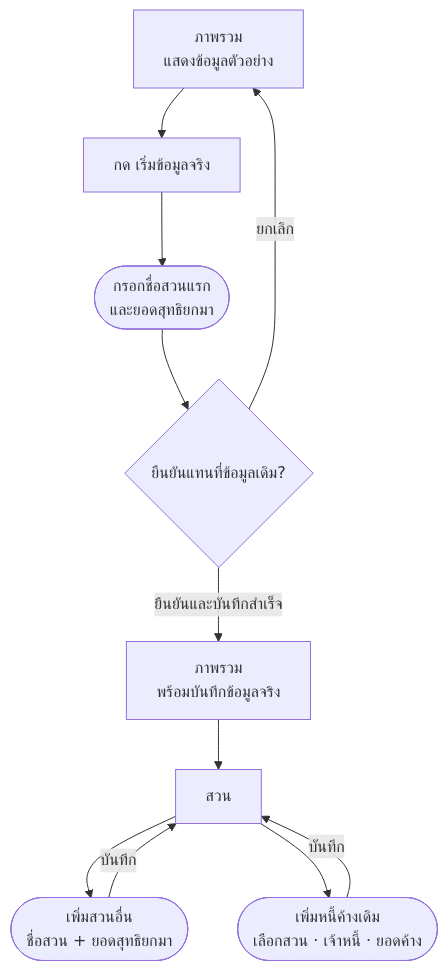
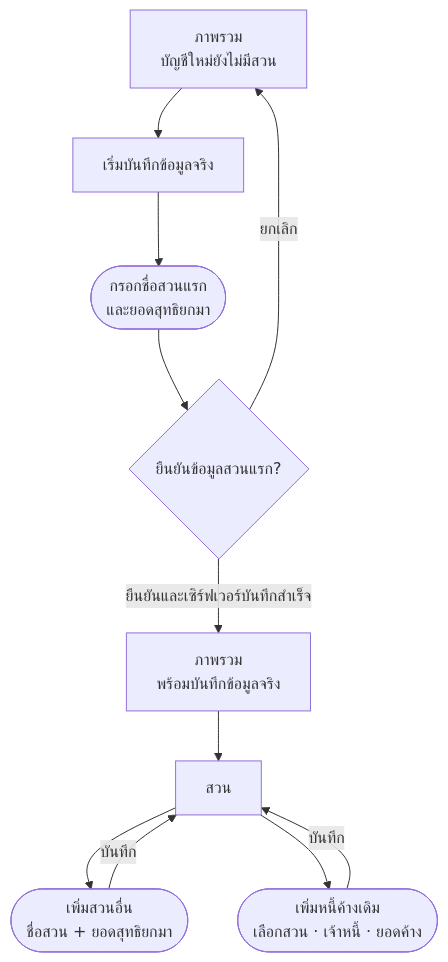
The third of 12 diagrams in user-flow.md (SitthiwatR/palm-ledger), drawn with Mermaid before and after one commit. The commit also changed other lines of this file and 3 other files, not shown here.

Commit message:
docs: define Supabase architecture and ten-step implementation plan

````diff
--- a/user-flow.md
+++ b/user-flow.md
@@ -35,13 +59,13 @@
 ```mermaid
 flowchart TD
-    Home["ภาพรวม<br/>แสดงข้อมูลตัวอย่าง"] --> Start["กด เริ่มข้อมูลจริง"]
+    Home["ภาพรวม<br/>บัญชีใหม่ยังไม่มีสวน"] --> Start["เริ่มบันทึกข้อมูลจริง"]
     Start --> Form(["กรอกชื่อสวนแรก<br/>และยอดสุทธิยกมา"])
-    Form --> Confirm{"ยืนยันแทนที่ข้อมูลเดิม?"}
-    Confirm -->|"ยืนยันและบันทึกสำเร็จ"| Real["ภาพรวม<br/>พร้อมบันทึกข้อมูลจริง"]
+    Form --> Confirm{"ยืนยันข้อมูลสวนแรก?"}
+    Confirm -->|"ยืนยันและเซิร์ฟเวอร์บันทึกสำเร็จ"| Real["ภาพรวม<br/>พร้อมบันทึกข้อมูลจริง"]
     Confirm -->|"ยกเลิก"| Home
     Real --> Gardens["สวน"]
     Gardens --> Add(["เพิ่มสวนอื่น<br/>ชื่อสวน + ยอดสุทธิยกมา"])
     Add -->|"บันทึก"| Gardens
     Gardens --> Debt(["เพิ่มหนี้ค้างเดิม<br/>เลือกสวน · เจ้าหนี้ · ยอดค้าง"])
     Debt -->|"บันทึก"| Gardens
 ```
````
